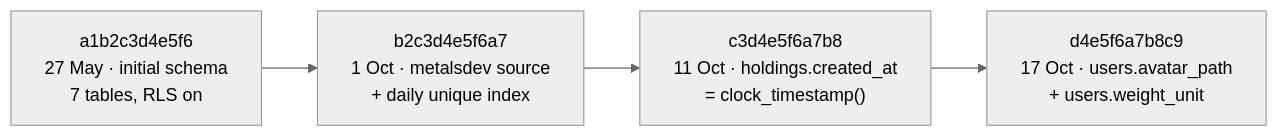
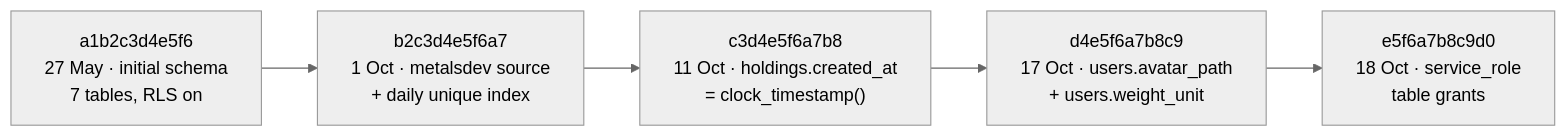
Before and after one commit to aa055/mintfolio-api: the second of 2 diagrams in docs/database.md, drawn with Mermaid (neutral theme). The commit also changed other lines of this file and 4 other files, not shown here.

Commit message:
Update environment variables and documentation for service role privileges and database connection tips

````diff
--- a/docs/database.md
+++ b/docs/database.md
@@ -241,6 +242,7 @@
 ```mermaid
 flowchart LR
     m1["a1b2c3d4e5f6<br/>27 May · initial schema<br/>7 tables, RLS on"] --> m2["b2c3d4e5f6a7<br/>1 Oct · metalsdev source<br/>+ daily unique index"]
     m2 --> m3["c3d4e5f6a7b8<br/>11 Oct · holdings.created_at<br/>= clock_timestamp()"]
     m3 --> m4["d4e5f6a7b8c9<br/>17 Oct · users.avatar_path<br/>+ users.weight_unit"]
+    m4 --> m5["e5f6a7b8c9d0<br/>18 Oct · service_role<br/>table grants"]
 ```
````
